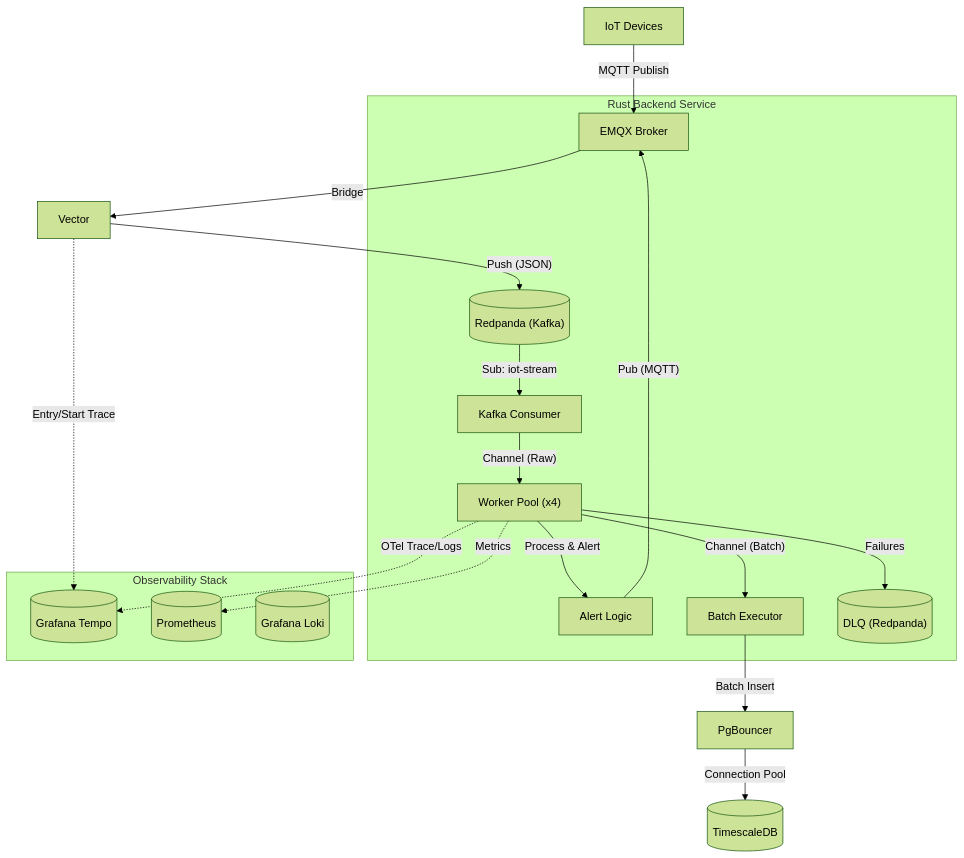
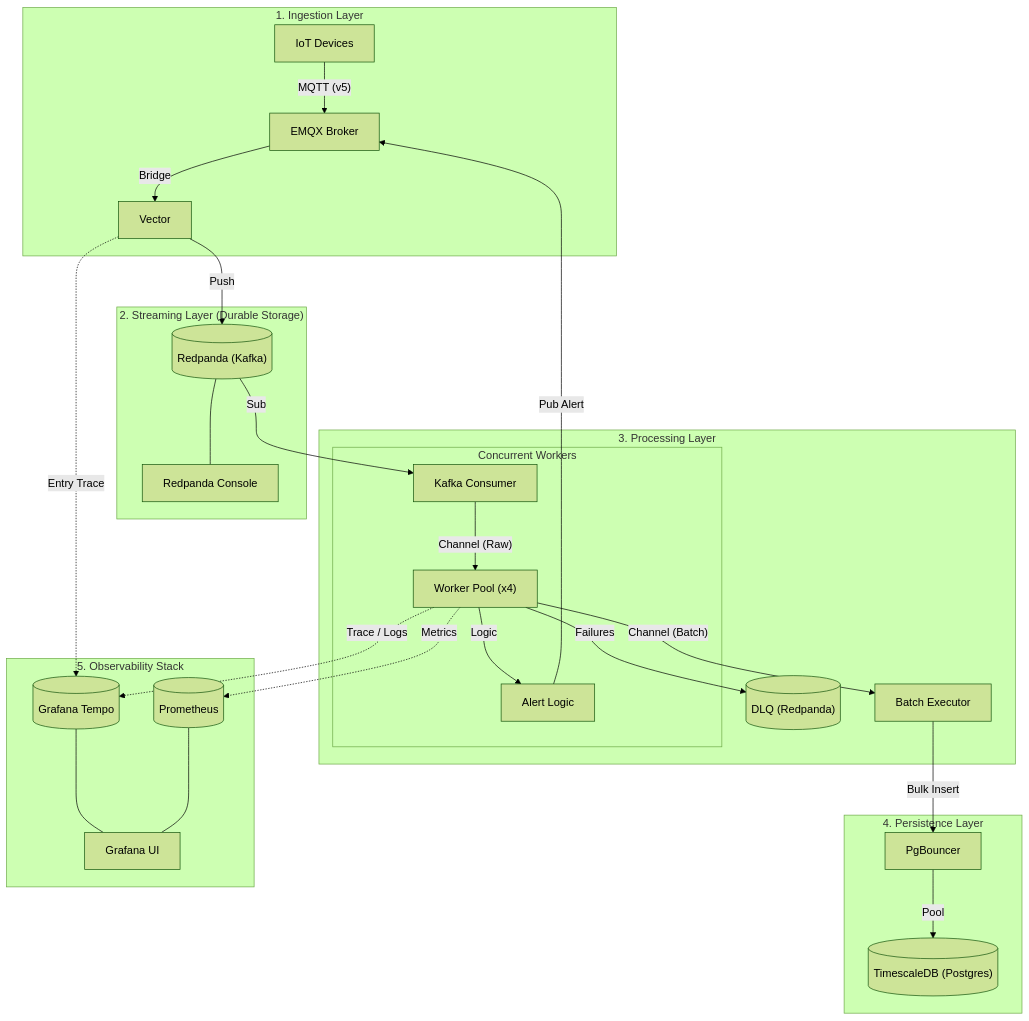
Before and after one commit to anandcpanchal/rust-mqtt-ingestor: the diagram in README.md, drawn with Mermaid (forest theme).

Commit message:
update: README

````diff
--- a/README.md
+++ b/README.md
@@ -10,28 +10,36 @@
 ```mermaid
 graph TD
-    Devices["IoT Devices"] -->|MQTT Publish| EMQX["EMQX Broker"]
-    EMQX -->|"Bridge"| Vector["Vector"]
-    Vector -->|"Push (JSON)"| Redpanda[("Redpanda (Kafka)")]
-    
-    subgraph Backend ["Rust Backend Service"]
-        Redpanda -->|Sub: iot-stream| Consumer["Kafka Consumer"]
-        Consumer -->|"Channel (Raw)"| WorkerPool["Worker Pool (x4)"]
-        WorkerPool -->|Process & Alert| AlertLogic["Alert Logic"]
-        AlertLogic -->|"Pub (MQTT)"| EMQX
-        WorkerPool -->|"Channel (Batch)"| Executor["Batch Executor"]
-        WorkerPool -->|Failures| DLQ[("DLQ (Redpanda)")]
+    subgraph Ingestion ["1. Ingestion Layer"]
+        Devices["IoT Devices"] -->|"MQTT (v5)"| EMQX["EMQX Broker"]
+        EMQX -->|"Bridge"| Vector["Vector"]
     end
-    
-    Executor -->|"Batch Insert"| PgBouncer
-    PgBouncer -->|"Connection Pool"| TimescaleDB[("TimescaleDB")]
 
-    %% Observability Connections
-    Vector -.->|Entry/Start Trace| Tempo
-    subgraph Observability ["Observability Stack"]
-        Tempo[("Grafana Tempo")]
-        Prometheus[("Prometheus")]
-        Loki[("Grafana Loki")]
+    subgraph Streaming ["2. Streaming Layer (Durable Storage)"]
+        Vector -->|"Push"| Redpanda[("Redpanda (Kafka)")]
+        Redpanda --- Console["Redpanda Console"]
     end
-    WorkerPool -.->|OTel Trace/Logs| Tempo
-    WorkerPool -.->|Metrics| Prometheus
+
+    subgraph Processing ["3. Processing Layer"]
+        Redpanda -->|Sub| Consumer["Kafka Consumer"]
+        subgraph WorkerPool ["Concurrent Workers"]
+            Consumer -->|"Channel (Raw)"| Workers["Worker Pool (x4)"]
+            Workers -->|Logic| AlertLogic["Alert Logic"]
+        end
+        AlertLogic -->|"Pub Alert"| EMQX
+        Workers -->|"Channel (Batch)"| Executor["Batch Executor"]
+        Workers -->|Failures| DLQ[("DLQ (Redpanda)")]
+    end
+
+    subgraph Persistence ["4. Persistence Layer"]
+        Executor -->|"Bulk Insert"| PgBouncer["PgBouncer"]
+        PgBouncer -->|"Pool"| TimescaleDB[("TimescaleDB (Postgres)")]
+    end
+
+    subgraph Observability ["5. Observability Stack"]
+        Vector -.->|Entry Trace| Tempo[("Grafana Tempo")]
+        Workers -.->|Trace / Logs| Tempo
+        Workers -.->|Metrics| Prometheus[("Prometheus")]
+        Tempo --- Grafana["Grafana UI"]
+        Prometheus --- Grafana
+    end
 ```
````
